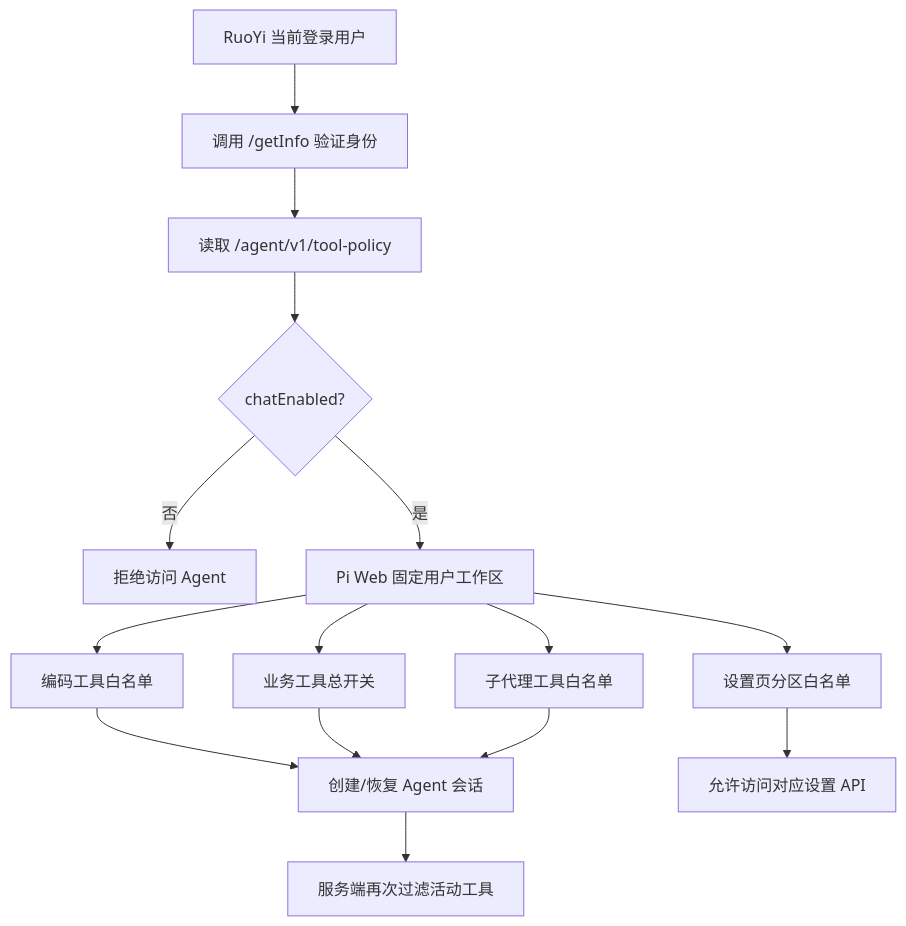
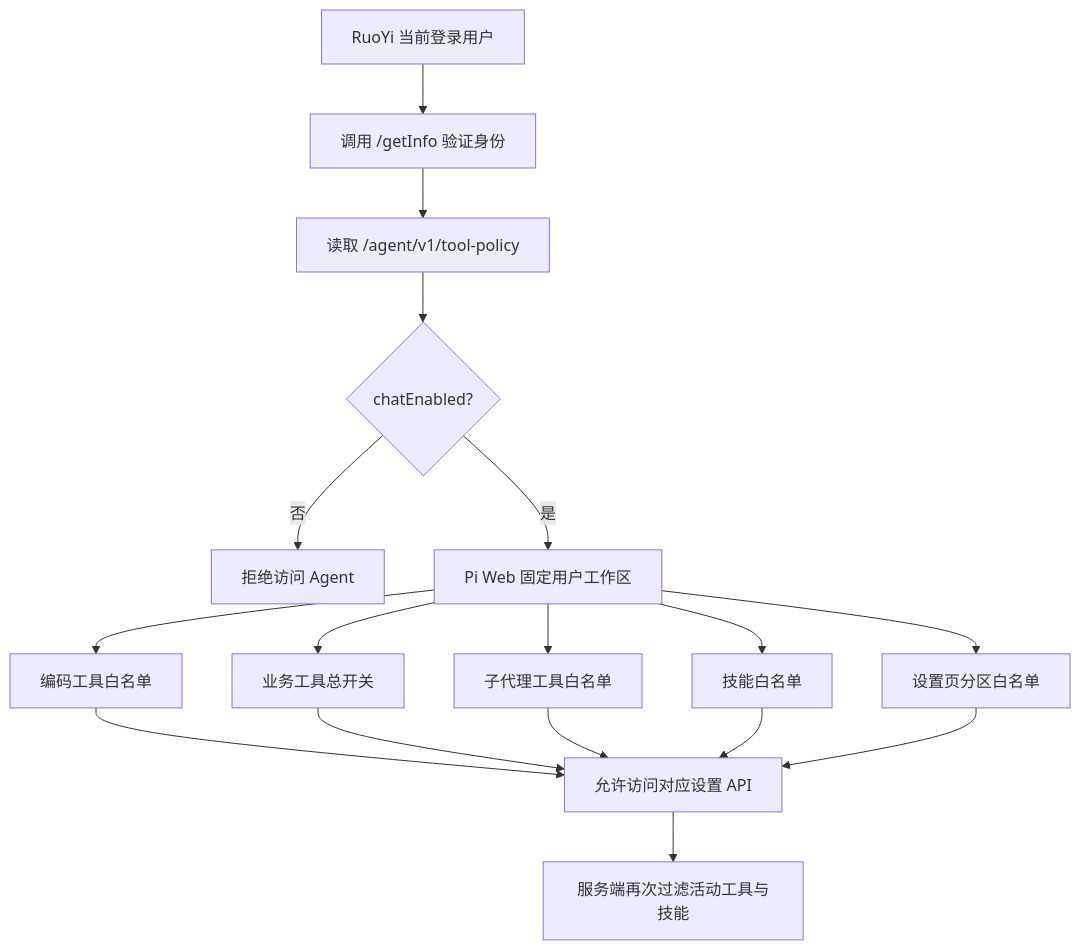
One commit to Searchld/pi-web changed the third of 5 diagrams in docs/ruoyi-pi-web-architecture.md. Above: the diagram before and after it, drawn with Mermaid. The commit also changed other lines of this file and 11 other files, not shown here.

````diff
--- a/docs/ruoyi-pi-web-architecture.md
+++ b/docs/ruoyi-pi-web-architecture.md
@@ -91,17 +91,19 @@
 ```mermaid
 flowchart TD
   A[RuoYi 当前登录用户] --> B[调用 /getInfo 验证身份]
   B --> C[读取 /agent/v1/tool-policy]
   C --> D{chatEnabled?}
   D -- 否 --> X[拒绝访问 Agent]
   D -- 是 --> E[Pi Web 固定用户工作区]
   E --> F[编码工具白名单]
   E --> G[业务工具总开关]
   E --> H[子代理工具白名单]
   E --> I[设置页分区白名单]
-  F --> J[创建/恢复 Agent 会话]
-  G --> J
-  H --> J
+  E --> J[技能白名单]
+  F --> K[创建/恢复 Agent 会话]
+  G --> K
+  H --> K
+  J --> K
   I --> K[允许访问对应设置 API]
-  J --> L[服务端再次过滤活动工具]
+  K --> L[服务端再次过滤活动工具与技能]
 ```
````
